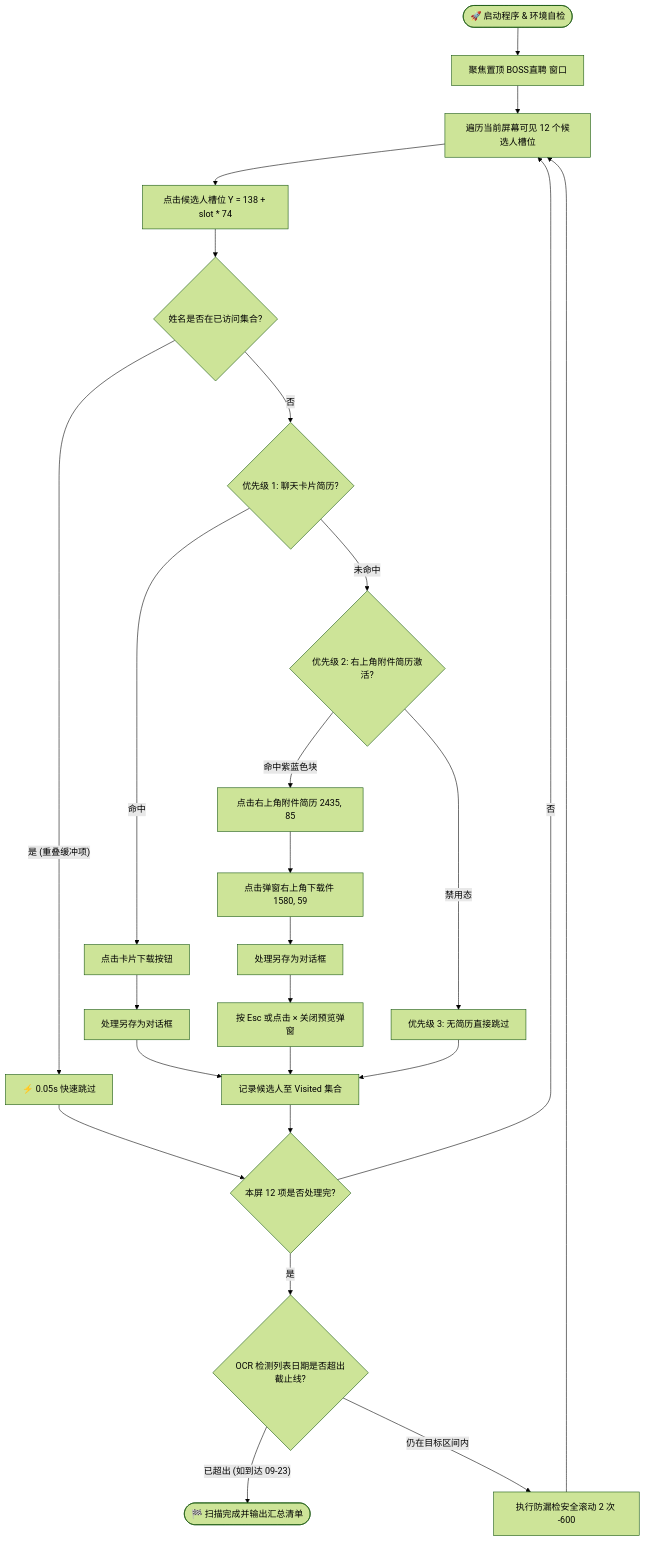
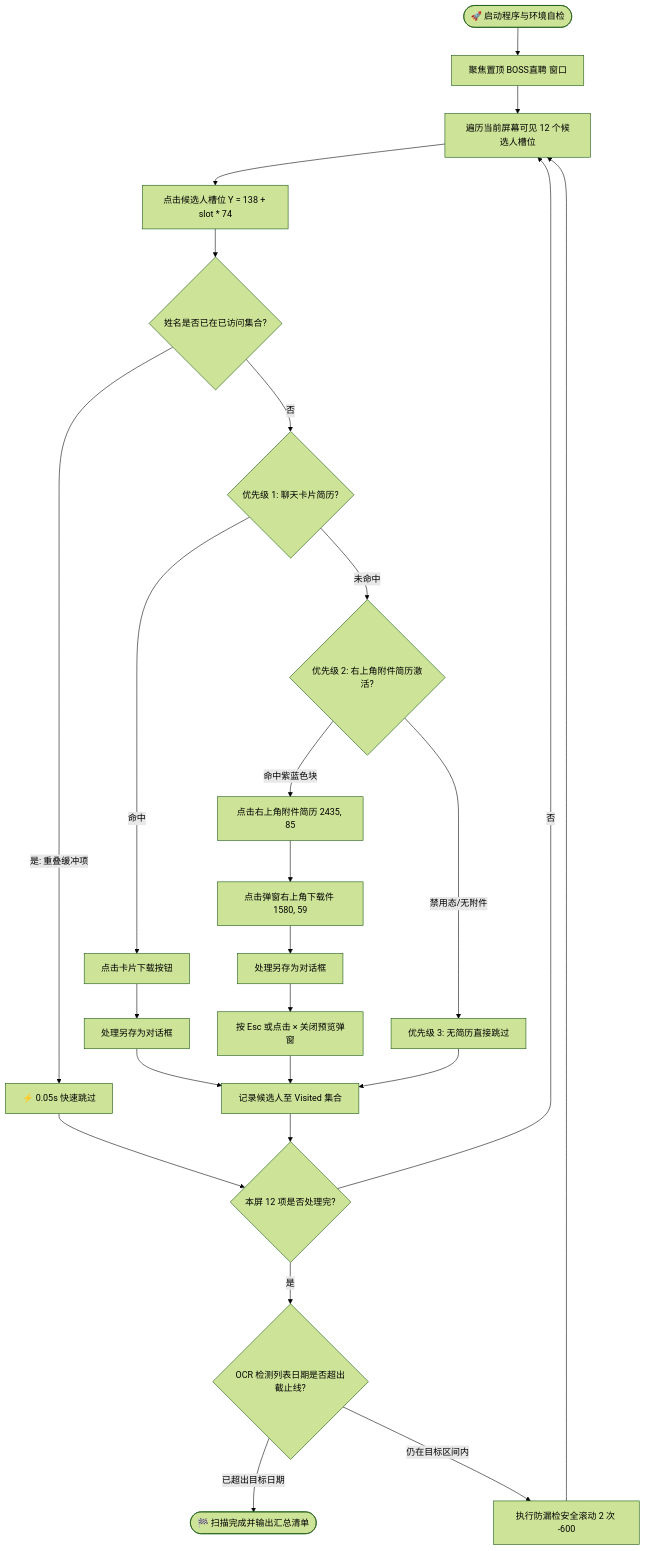
The diagram in README.md (junallen649-maker/boss_Zhi_Ping), drawn with Mermaid (forest theme) before and after one commit. The commit also changed other lines of this file, not shown here.

Commit message:
fix(docs): fix Mermaid flowchart syntax to comply with GitHub renderer

````diff
--- a/README.md
+++ b/README.md
@@ -48,32 +48,33 @@
 ```mermaid
 flowchart TD
-    Start([🚀 启动程序 & 环境自检]) --> WinInit[聚焦置顶 BOSS直聘 窗口]
-    WinInit --> LoopBatch[遍历当前屏幕可见 12 个候选人槽位]
+    Start(["🚀 启动程序与环境自检"]) --> WinInit["聚焦置顶 BOSS直聘 窗口"]
+    WinInit --> LoopBatch["遍历当前屏幕可见 12 个候选人槽位"]
     
-    LoopBatch --> ClickCandidate[点击候选人槽位 Y = 138 + slot * 74]
-    ClickCandidate --> CheckDup{姓名是否在已访问集合?}
-    CheckDup -- 是 (重叠缓冲项) --> QuickSkip[⚡ 0.05s 快速跳过]
+    LoopBatch --> ClickCandidate["点击候选人槽位 Y = 138 + slot * 74"]
+    ClickCandidate --> CheckDup{"姓名是否已在已访问集合?"}
+    CheckDup -->|是: 重叠缓冲项| QuickSkip["⚡ 0.05s 快速跳过"]
     
-    CheckDup -- 否 --> CheckPriority1{优先级 1: 聊天卡片简历?}
-    CheckPriority1 -- 命中 --> DownloadChat[点击卡片下载按钮] --> HandleSave[处理另存为对话框]
+    CheckDup -->|否| CheckPriority1{"优先级 1: 聊天卡片简历?"}
+    CheckPriority1 -->|命中| DownloadChat["点击卡片下载按钮"]
+    DownloadChat --> HandleSave["处理另存为对话框"]
     
-    CheckPriority1 -- 未命中 --> CheckPriority2{优先级 2: 右上角附件简历激活?}
-    CheckPriority2 -- 命中紫蓝色块 --> OpenModal[点击右上角附件简历 2435, 85]
-    OpenModal --> ClickModalDown[点击弹窗右上角下载件 1580, 59]
-    ClickModalDown --> HandleSaveModal[处理另存为对话框]
-    HandleSaveModal --> CloseModal[按 Esc 或点击 × 关闭预览弹窗]
+    CheckPriority1 -->|未命中| CheckPriority2{"优先级 2: 右上角附件简历激活?"}
+    CheckPriority2 -->|命中紫蓝色块| OpenModal["点击右上角附件简历 2435, 85"]
+    OpenModal --> ClickModalDown["点击弹窗右上角下载件 1580, 59"]
+    ClickModalDown --> HandleSaveModal["处理另存为对话框"]
+    HandleSaveModal --> CloseModal["按 Esc 或点击 × 关闭预览弹窗"]
     
-    CheckPriority2 -- 禁用态 --> SkipNoResume[优先级 3: 无简历直接跳过]
+    CheckPriority2 -->|禁用态/无附件| SkipNoResume["优先级 3: 无简历直接跳过"]
     
-    HandleSave --> RecordVisited[记录候选人至 Visited 集合]
+    HandleSave --> RecordVisited["记录候选人至 Visited 集合"]
     CloseModal --> RecordVisited
     SkipNoResume --> RecordVisited
-    QuickSkip --> CheckNextSlot{本屏 12 项是否处理完?}
+    QuickSkip --> CheckNextSlot{"本屏 12 项是否处理完?"}
     RecordVisited --> CheckNextSlot
     
-    CheckNextSlot -- 否 --> LoopBatch
-    CheckNextSlot -- 是 --> CheckCutoff{OCR 检测列表日期是否超出截止线?}
-    CheckCutoff -- 已超出 (如到达 09-23) --> Finish([🏁 扫描完成并输出汇总清单])
-    CheckCutoff -- 仍在目标区间内 --> SafeScroll[执行防漏检安全滚动 2 次 -600]
+    CheckNextSlot -->|否| LoopBatch
+    CheckNextSlot -->|是| CheckCutoff{"OCR 检测列表日期是否超出截止线?"}
+    CheckCutoff -->|已超出目标日期| Finish(["🏁 扫描完成并输出汇总清单"])
+    CheckCutoff -->|仍在目标区间内| SafeScroll["执行防漏检安全滚动 2 次 -600"]
     SafeScroll --> LoopBatch
 ```
````
